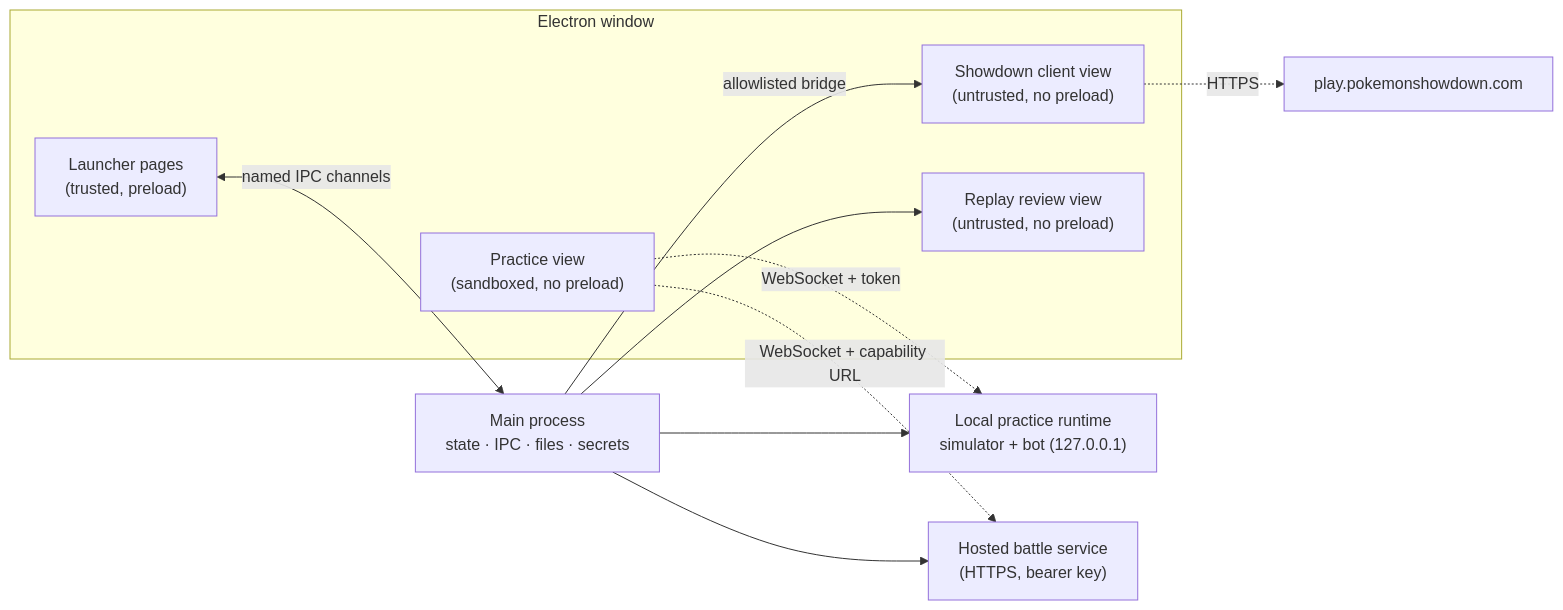
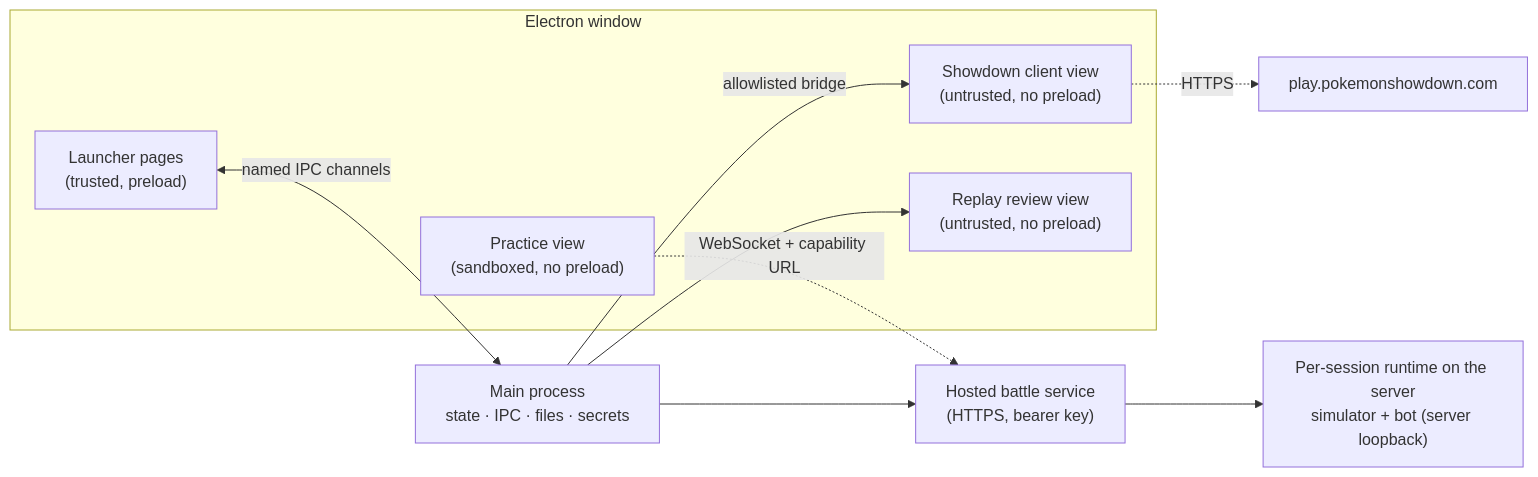
The diagram in docs/design.md (influxtion/Pokemon-Showdown-Launcher-App), drawn with Mermaid before and after one commit. The commit also changed other lines of this file and 9 other files, not shown here.

````diff
--- a/docs/design.md
+++ b/docs/design.md
@@ -61,18 +61,17 @@
 ```mermaid
 flowchart LR
   subgraph Window["Electron window"]
     L["Launcher pages<br/>(trusted, preload)"]
     S["Showdown client view<br/>(untrusted, no preload)"]
     P["Practice view<br/>(sandboxed, no preload)"]
     R["Replay review view<br/>(untrusted, no preload)"]
   end
   M["Main process<br/>state · IPC · files · secrets"]
   L <-- "named IPC channels" --> M
   M -- "allowlisted bridge" --> S
   M --> R
-  M --> LR["Local practice runtime<br/>simulator + bot (127.0.0.1)"]
   M --> HS["Hosted battle service<br/>(HTTPS, bearer key)"]
-  P -. "WebSocket + token" .-> LR
+  HS --> RT["Per-session runtime on the server<br/>simulator + bot (server loopback)"]
   P -. "WebSocket + capability URL" .-> HS
   S -. "HTTPS" .-> PS["play.pokemonshowdown.com"]
 ```
````
